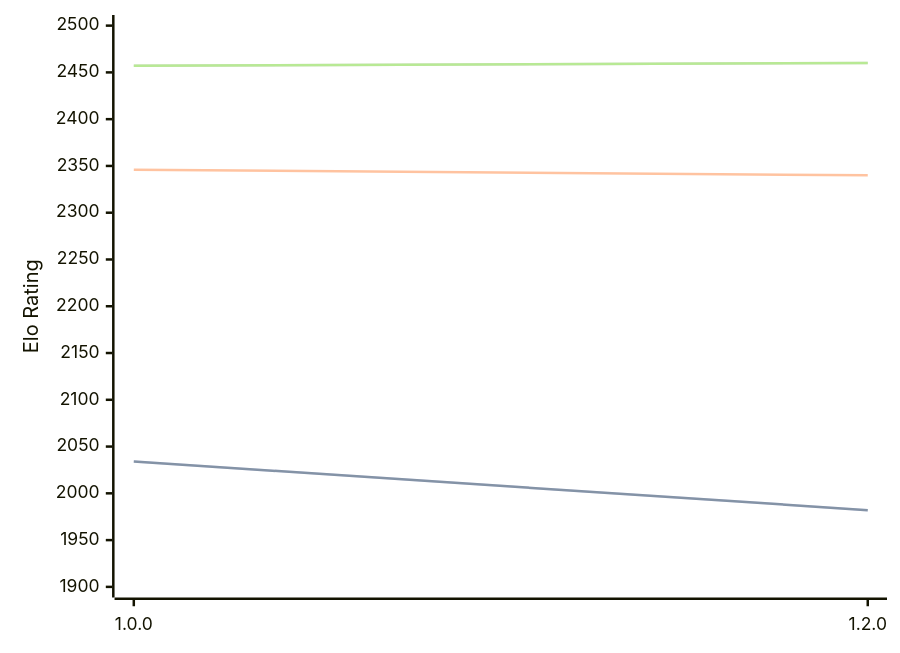
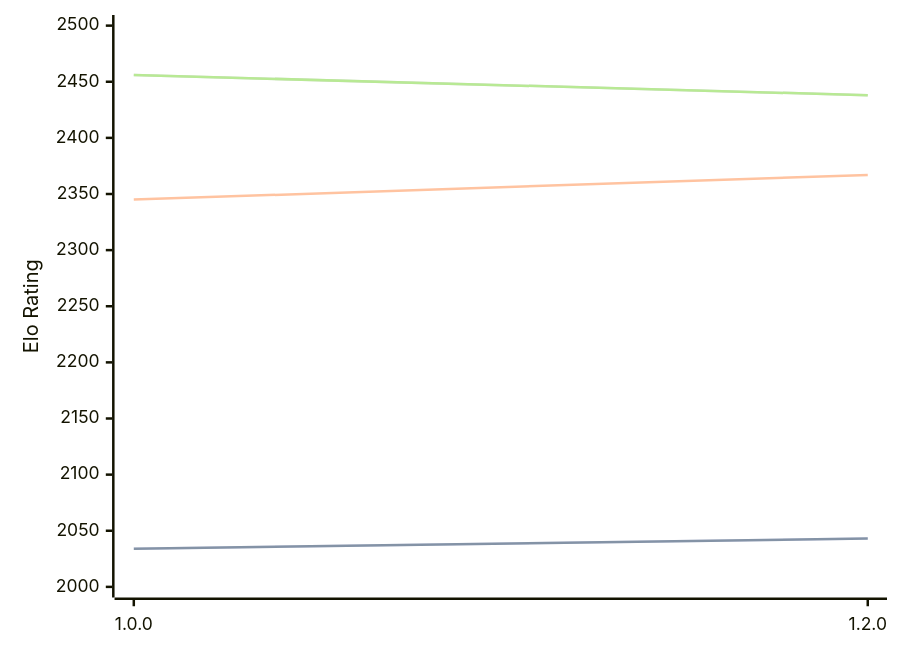
One commit to computer-chess-index/cci changed the diagram in engines/Basilisk.md. Above: the diagram before and after it, drawn with Mermaid. The commit also changed other lines of this file, not shown here.

Commit message:
Update CCI Ratings (ELO VLTC) - 2026-06-07

````diff
--- a/engines/Basilisk.md
+++ b/engines/Basilisk.md
@@ -33,11 +47,11 @@
 ```mermaid
 %%{init: {"theme":"base","themeVariables":{"seriesColors:['#a3a3a3','#222221','#faa371']}}}%%
 xychart-beta
   x-axis ["1.0.0", "1.2.0"]
-  y-axis "Elo Rating" 1900 --> 2500
-  line "STC (8.0+0.08s)" [2034, 1982]
-  line "STC (8.0+0.08s)" [2034, 1982]
-  line "LTC (60.0+0.60s)" [2346, 2340]
-  line "VLTC (2m24s+1.12s)" [2457, 2460]
-  line "VLTC (2m24s+1.12s)" [2457, 2460]
+  y-axis "Elo Rating" 2000 --> 2500
+  line "STC (8.0+0.08s)" [2034, 2043]
+  line "STC (8.0+0.08s)" [2034, 2043]
+  line "LTC (60.0+0.60s)" [2345, 2367]
+  line "VLTC (2m24s+1.12s)" [2456, 2438]
+  line "VLTC (2m24s+1.12s)" [2456, 2438]
 ```
````
